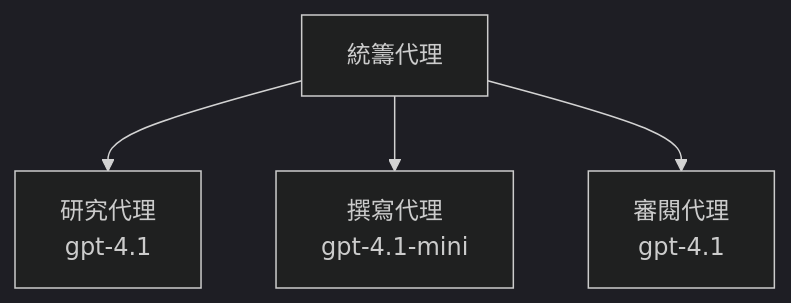
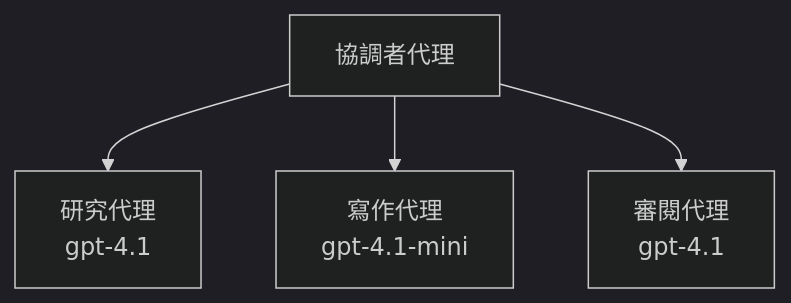
One commit to microsoft/AZD-for-beginners changed the third of 3 diagrams in translations/zh-HK/docs/chapter-02-ai-development/agents.md. Above: the diagram before and after it, drawn with Mermaid (dark theme). The commit also changed other lines of this file and 61 other files, not shown here.

````diff
--- a/translations/zh-HK/docs/chapter-02-ai-development/agents.md
+++ b/translations/zh-HK/docs/chapter-02-ai-development/agents.md
@@ -201,6 +201,6 @@
 ```mermaid
 graph TD
-    Orchestrator[統籌代理] --> Research[研究代理<br/>gpt-4.1]
-    Orchestrator --> Writer[撰寫代理<br/>gpt-4.1-mini]
+    Orchestrator[協調者代理] --> Research[研究代理<br/>gpt-4.1]
+    Orchestrator --> Writer[寫作代理<br/>gpt-4.1-mini]
     Orchestrator --> Reviewer[審閱代理<br/>gpt-4.1]
 ```
````
